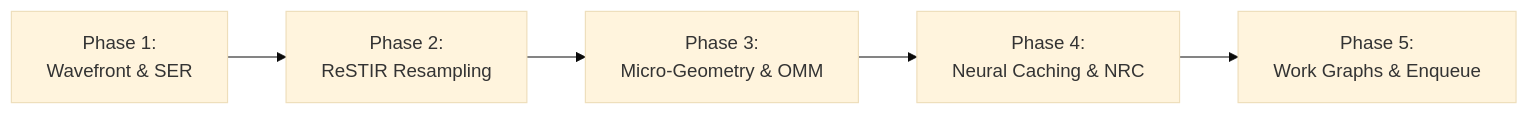
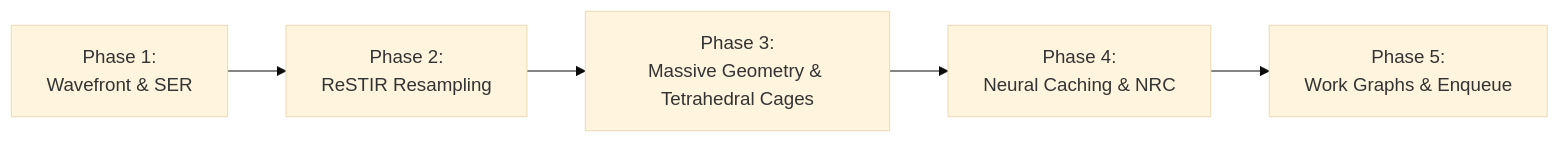
One commit to Soddentrough/Pathways changed the third of 3 diagrams in FUTURE_IDEAS.md. Above: the diagram before and after it, drawn with Mermaid (base theme). The commit also changed other lines of this file and 29 other files, not shown here.

````diff
--- a/FUTURE_IDEAS.md
+++ b/FUTURE_IDEAS.md
@@ -566,7 +583,7 @@
 ```mermaid
 graph LR
     Phase1[Phase 1:<br/>Wavefront & SER] --> Phase2[Phase 2:<br/>ReSTIR Resampling]
-    Phase2 --> Phase3[Phase 3:<br/>Micro-Geometry & OMM]
+    Phase2 --> Phase3[Phase 3:<br/>Massive Geometry & Tetrahedral Cages]
     Phase3 --> Phase4[Phase 4:<br/>Neural Caching & NRC]
     Phase4 --> Phase5[Phase 5:<br/>Work Graphs & Enqueue]
 ```
````
